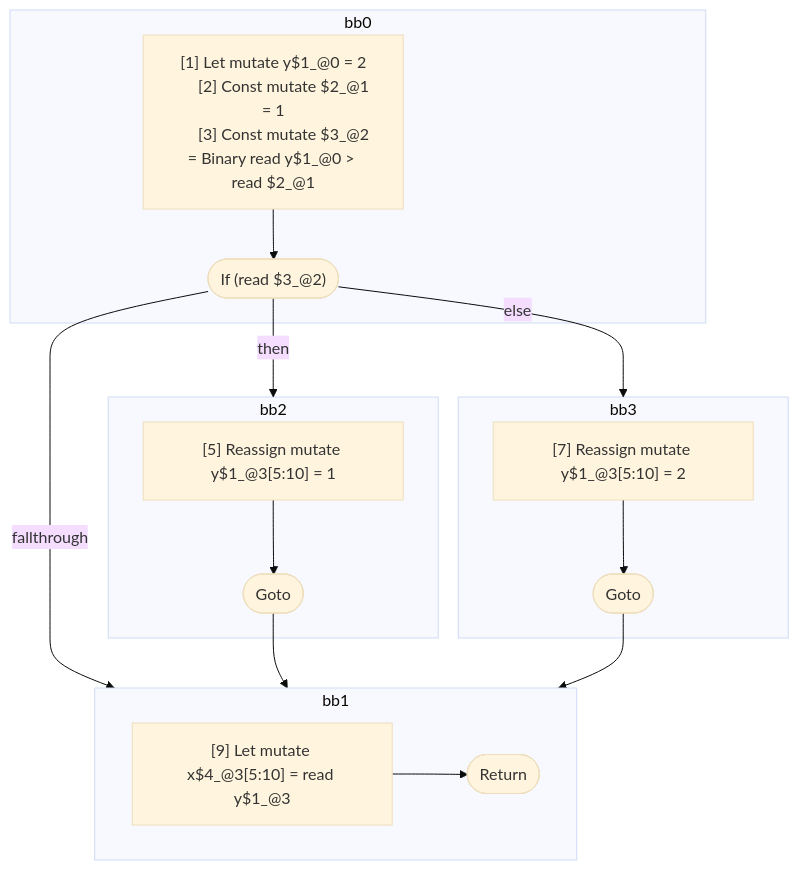
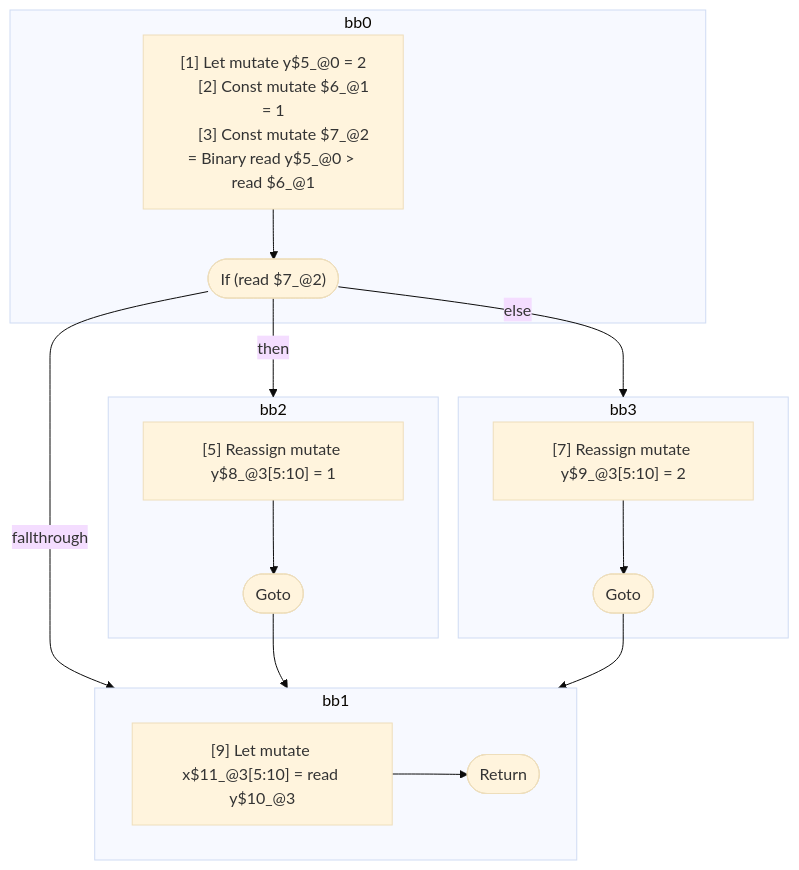
The diagram in compiler/forget/src/__tests__/fixtures/hir/ssa-simple-phi.expect.md (wutsmog/private), drawn with Mermaid (base theme) before and after one commit. The commit also changed other lines of this file and 59 other files, not shown here.

````diff
--- a/compiler/forget/src/__tests__/fixtures/hir/ssa-simple-phi.expect.md
+++ b/compiler/forget/src/__tests__/fixtures/hir/ssa-simple-phi.expect.md
@@ -43,38 +44,38 @@
 ```mermaid
 flowchart TB
   %% Basic Blocks
   subgraph bb0
     bb0_instrs["
-      [1] Let mutate y$1_@0 = 2
-      [2] Const mutate $2_@1 = 1
-      [3] Const mutate $3_@2 = Binary read y$1_@0 > read $2_@1
+      [1] Let mutate y$5_@0 = 2
+      [2] Const mutate $6_@1 = 1
+      [3] Const mutate $7_@2 = Binary read y$5_@0 > read $6_@1
     "]
-    bb0_instrs --> bb0_terminal(["If (read $3_@2)"])
+    bb0_instrs --> bb0_terminal(["If (read $7_@2)"])
   end
   subgraph bb2
     bb2_instrs["
-      [5] Reassign mutate y$1_@3[5:10] = 1
+      [5] Reassign mutate y$8_@3[5:10] = 1
     "]
     bb2_instrs --> bb2_terminal(["Goto"])
   end
   subgraph bb3
     bb3_instrs["
-      [7] Reassign mutate y$1_@3[5:10] = 2
+      [7] Reassign mutate y$9_@3[5:10] = 2
     "]
     bb3_instrs --> bb3_terminal(["Goto"])
   end
   subgraph bb1
     bb1_instrs["
-      [9] Let mutate x$4_@3[5:10] = read y$1_@3
+      [9] Let mutate x$11_@3[5:10] = read y$10_@3
     "]
     bb1_instrs --> bb1_terminal(["Return"])
   end
 
   %% Jumps
   bb0_terminal -- "then" --> bb2
   bb0_terminal -- "else" --> bb3
   bb0_terminal -- "fallthrough" --> bb1
   bb2_terminal --> bb1
   bb3_terminal --> bb1
 
 ```
````
